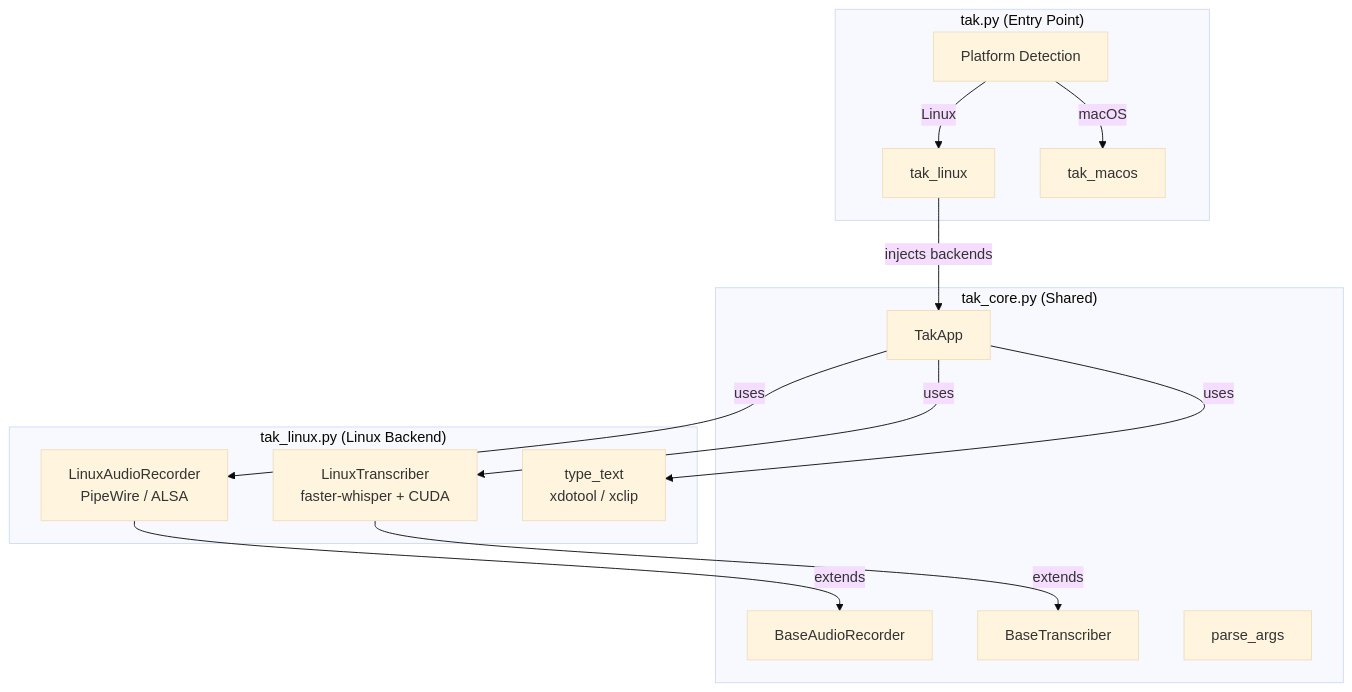
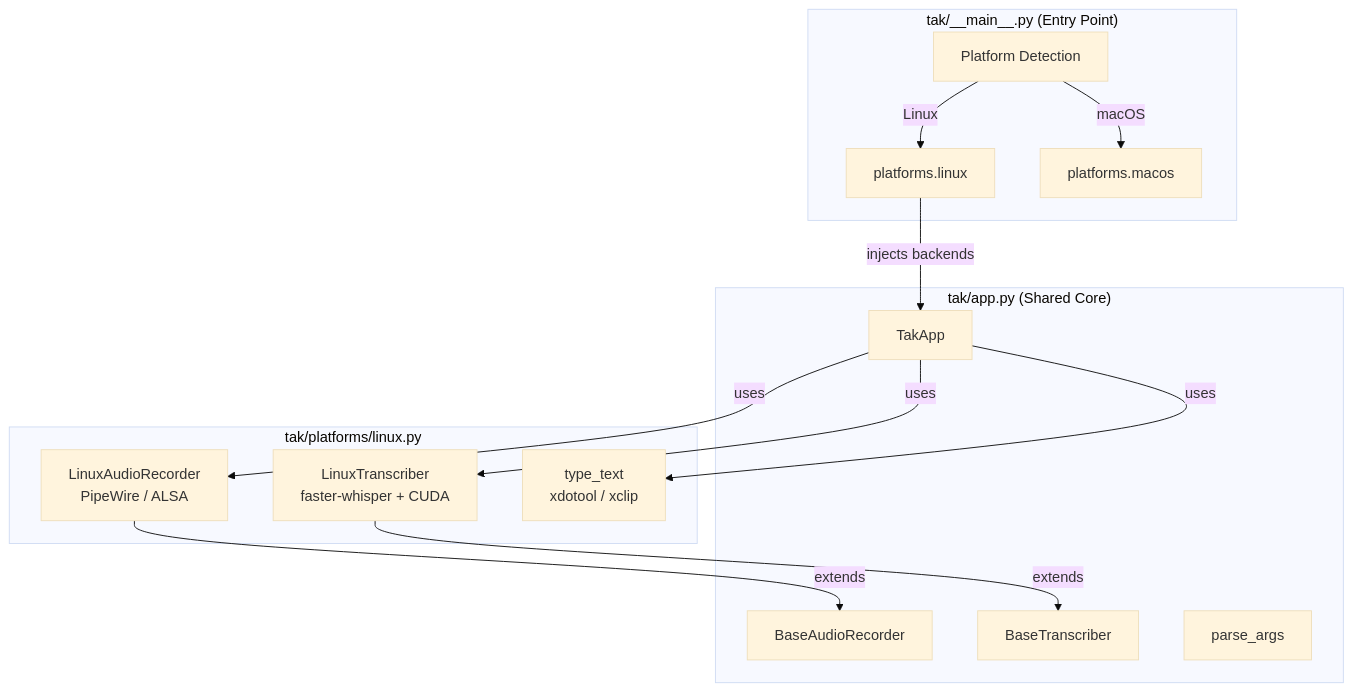
One commit to lchonkan/tak changed the diagram in README.md. Above: the diagram before and after it, drawn with Mermaid (base theme). The commit also changed other lines of this file and 12 other files, not shown here.

````diff
--- a/README.md
+++ b/README.md
@@ -150,27 +150,27 @@
 ```mermaid
 graph TD
-    subgraph "tak.py (Entry Point)"
-        EP[Platform Detection] --> |Linux| LINUX[tak_linux]
-        EP --> |macOS| MACOS[tak_macos]
+    subgraph "tak/__main__.py (Entry Point)"
+        EP[Platform Detection] --> |Linux| LINUX[platforms.linux]
+        EP --> |macOS| MACOS[platforms.macos]
     end
 
-    subgraph "tak_core.py (Shared)"
+    subgraph "tak/app.py (Shared Core)"
         APP[TakApp]
         BASE_REC[BaseAudioRecorder]
         BASE_TR[BaseTranscriber]
         PARSE[parse_args]
     end
 
-    subgraph "tak_linux.py (Linux Backend)"
+    subgraph "tak/platforms/linux.py"
         LREC[LinuxAudioRecorder<br/>PipeWire / ALSA]
         LTR[LinuxTranscriber<br/>faster-whisper + CUDA]
         LTI[type_text<br/>xdotool / xclip]
     end
 
     LINUX --> |injects backends| APP
     LREC --> |extends| BASE_REC
     LTR --> |extends| BASE_TR
     APP --> |uses| LREC
     APP --> |uses| LTR
     APP --> |uses| LTI
 ```
````
